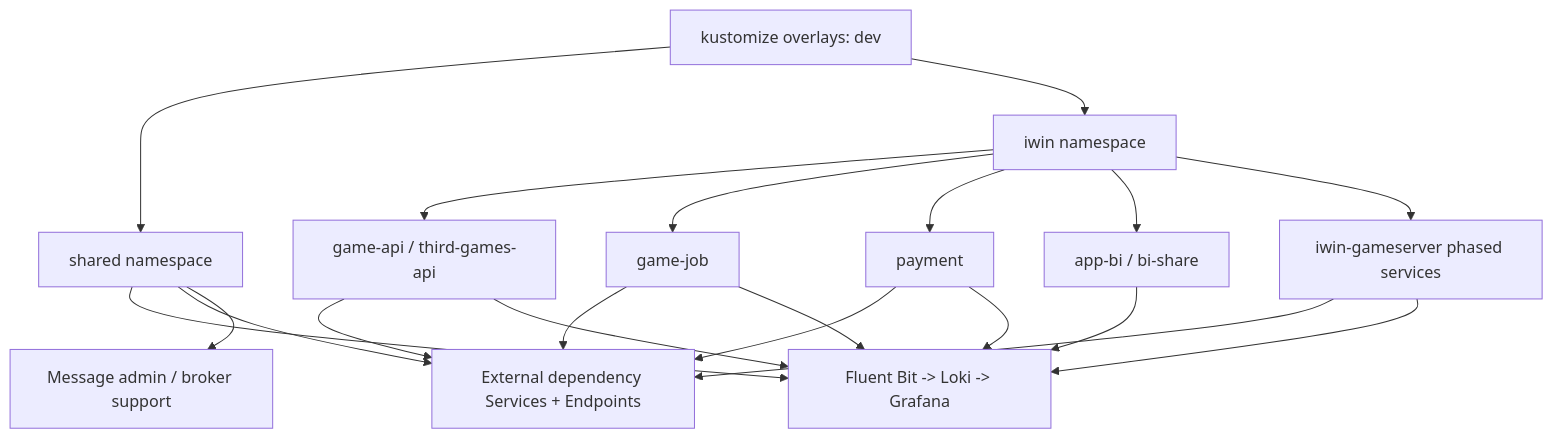
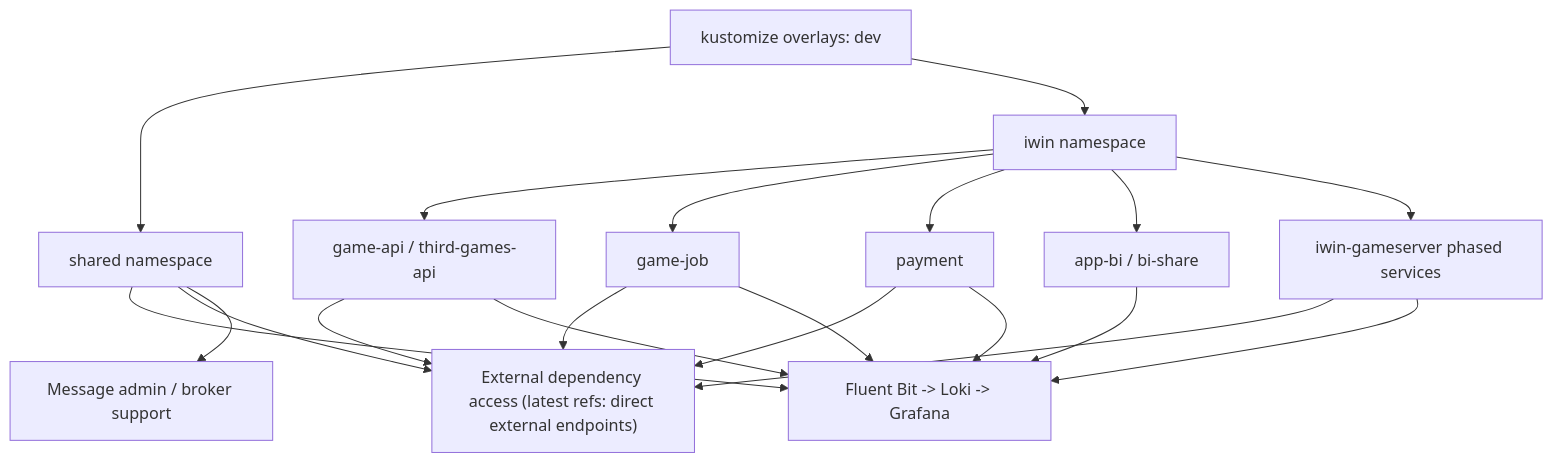
The diagram in projects/iwin/k3s-deploy/architecture-map.md (10gt12nc/nick-vault), drawn with Mermaid before and after one commit. The commit also changed other lines of this file and 2 other files, not shown here.

````diff
--- a/projects/iwin/k3s-deploy/architecture-map.md
+++ b/projects/iwin/k3s-deploy/architecture-map.md
@@ -9,37 +9,37 @@
 ```mermaid
 flowchart TD
   Kustomize["kustomize overlays: dev"]
 
   Shared["shared namespace"]
   Iwin["iwin namespace"]
 
   Logs["Fluent Bit -> Loki -> Grafana"]
-  External["External dependency Services + Endpoints"]
+  External["External dependency access (latest refs: direct external endpoints)"]
   MQ["Message admin / broker support"]
 
   API["game-api / third-games-api"]
   Job["game-job"]
   Payment["payment"]
   BI["app-bi / bi-share"]
   GS["iwin-gameserver phased services"]
 
   Kustomize --> Shared
   Kustomize --> Iwin
   Shared --> Logs
   Shared --> External
   Shared --> MQ
   Iwin --> API
   Iwin --> Job
   Iwin --> Payment
   Iwin --> BI
   Iwin --> GS
   API --> External
   Job --> External
   Payment --> External
   GS --> External
   API --> Logs
   Job --> Logs
   Payment --> Logs
   BI --> Logs
   GS --> Logs
 ```
````
